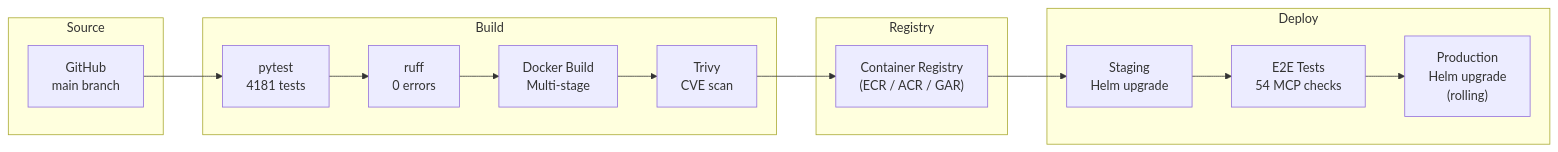
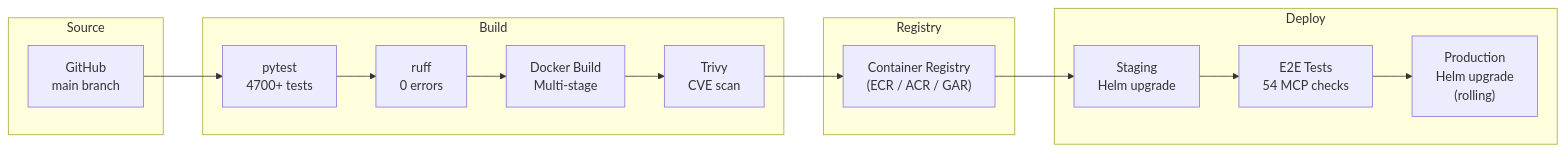
One commit to naicud/memor-ia changed the fifth of 5 diagrams in docs/INDUSTRIALIZATION.md. Above: the diagram before and after it, drawn with Mermaid. The commit also changed other lines of this file and 7 other files, not shown here.

````diff
--- a/docs/INDUSTRIALIZATION.md
+++ b/docs/INDUSTRIALIZATION.md
@@ -814,26 +814,26 @@
 ```mermaid
 graph LR
     subgraph "Source"
         GH["GitHub<br/>main branch"]
     end
 
     subgraph "Build"
-        TEST["pytest<br/>4181 tests"]
+        TEST["pytest<br/>4700+ tests"]
         LINT["ruff<br/>0 errors"]
         BUILD["Docker Build<br/>Multi-stage"]
         SCAN["Trivy<br/>CVE scan"]
     end
 
     subgraph "Registry"
         REG["Container Registry<br/>(ECR / ACR / GAR)"]
     end
 
     subgraph "Deploy"
         STG["Staging<br/>Helm upgrade"]
         E2E["E2E Tests<br/>54 MCP checks"]
         PROD["Production<br/>Helm upgrade<br/>(rolling)"]
     end
 
     GH --> TEST --> LINT --> BUILD --> SCAN --> REG
     REG --> STG --> E2E --> PROD
 ```
````
